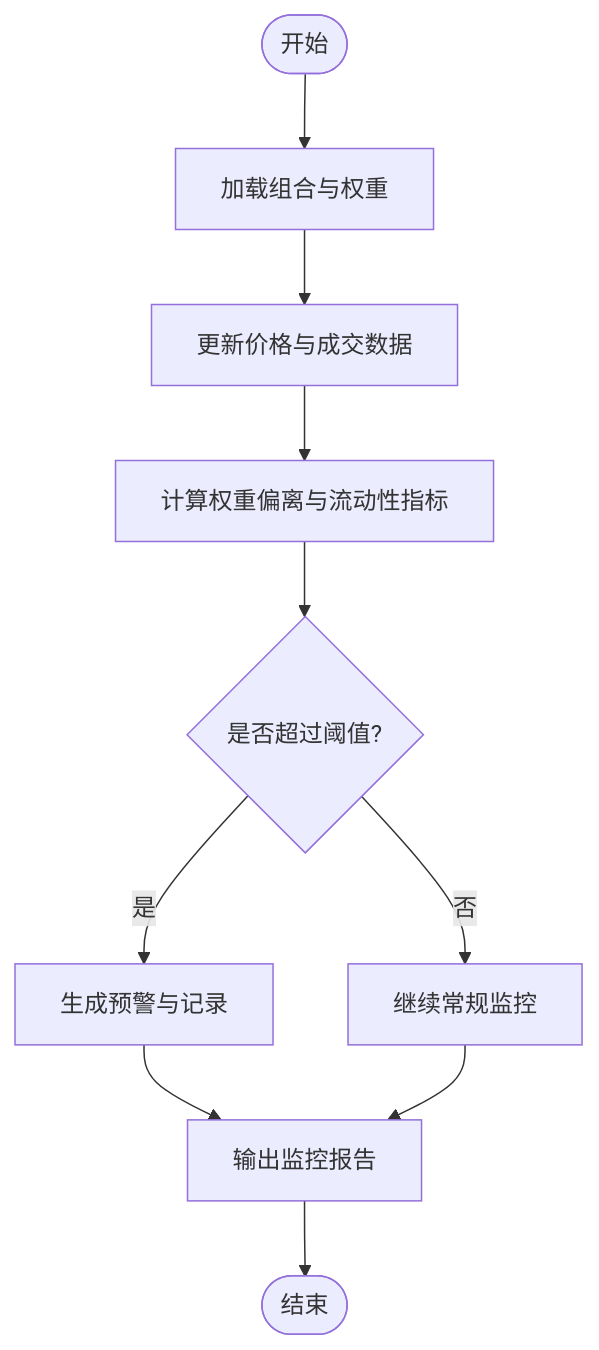
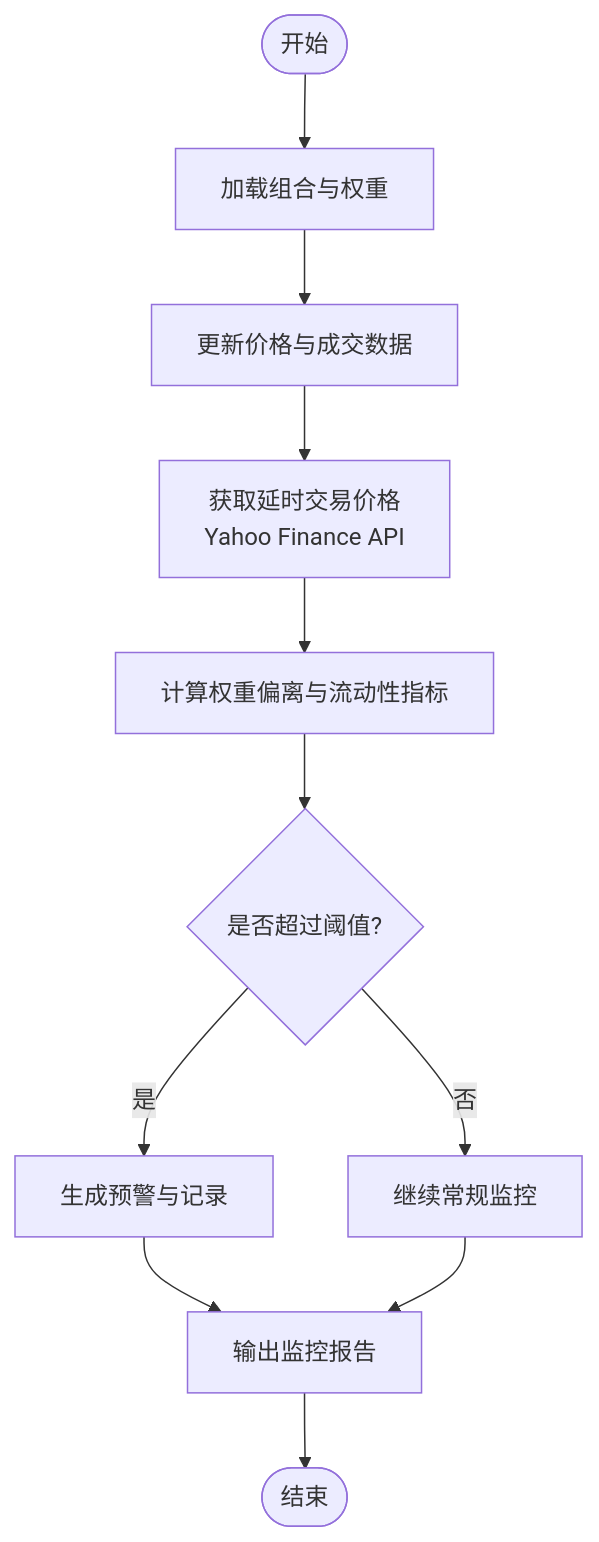
One commit to Ted-Engineer/ai-berkshire changed the third of 10 diagrams in .qoder/repowiki/zh/content/AI技能系统/核心投资研究技能/投资组合审查技能.md. Above: the diagram before and after it, drawn with Mermaid. The commit also changed other lines of this file and 76 other files, not shown here.

````diff
--- a/.qoder/repowiki/zh/content/AI技能系统/核心投资研究技能/投资组合审查技能.md
+++ b/.qoder/repowiki/zh/content/AI技能系统/核心投资研究技能/投资组合审查技能.md
@@ -126,12 +140,13 @@
 ```mermaid
 flowchart TD
 Start(["开始"]) --> Load["加载组合与权重"]
 Load --> Update["更新价格与成交数据"]
-Update --> CalcDev["计算权重偏离与流动性指标"]
+Update --> PrePost["获取延时交易价格<br/>Yahoo Finance API"]
+PrePost --> CalcDev["计算权重偏离与流动性指标"]
 CalcDev --> Threshold{"是否超过阈值?"}
 Threshold --> |是| Alert["生成预警与记录"]
 Threshold --> |否| Next["继续常规监控"]
 Alert --> Report["输出监控报告"]
 Next --> Report
 Report --> End(["结束"])
 ```
````
